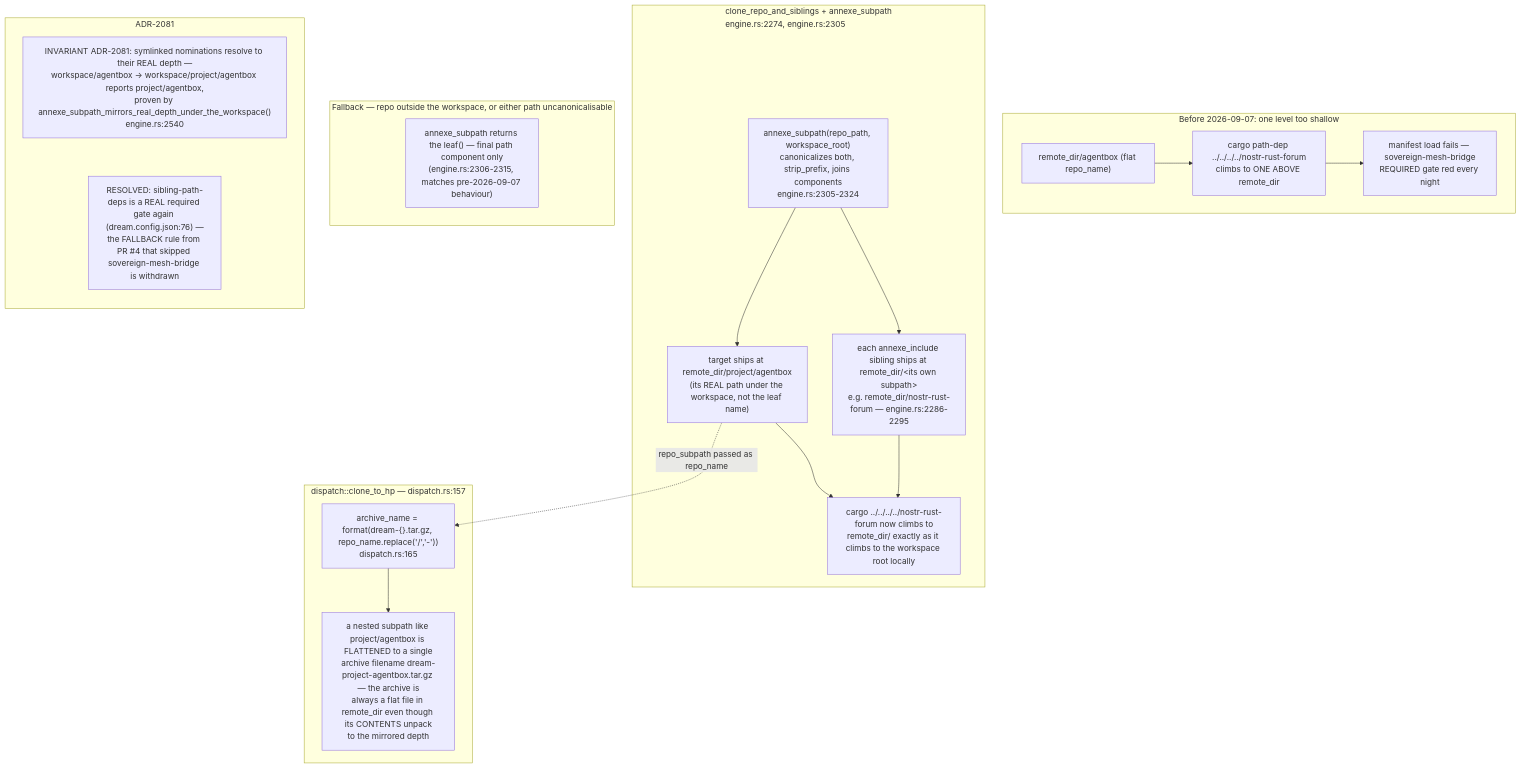
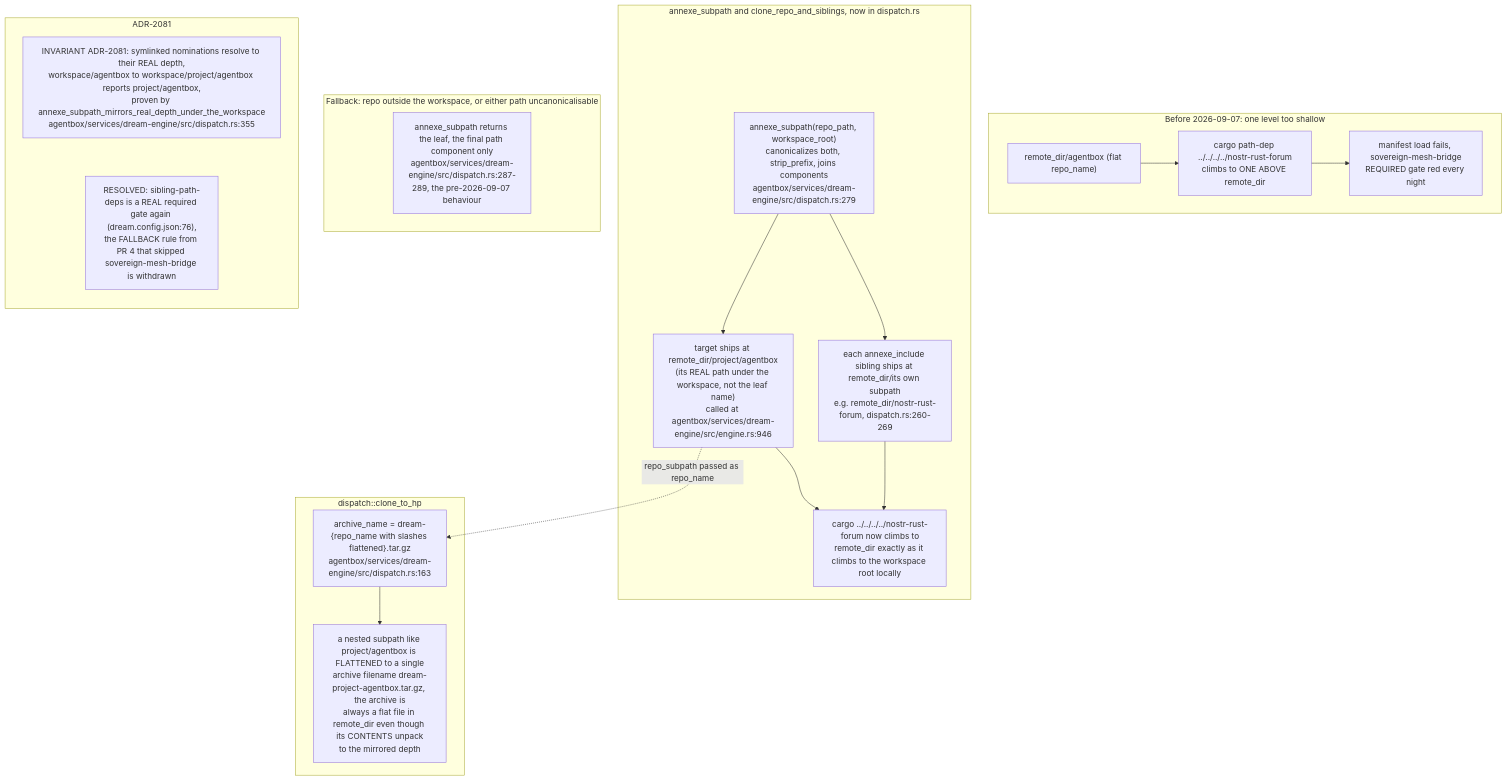
Diagram 11 of 20 in docs/diagrams/agentbox/23-dream-engine.md (DreamLab-AI/VisionFlow), drawn with Mermaid before and after one commit. The commit also changed other lines of this file and 12 other files, not shown here.

First line of the commit message:
docs(diagrams): map the dream-engine extraction (AB-23, ES-05, ES-90, new DE area)

````diff
--- a/docs/diagrams/agentbox/23-dream-engine.md
+++ b/docs/diagrams/agentbox/23-dream-engine.md
@@ -701,34 +633,34 @@
 ```mermaid
 flowchart TB
     subgraph before["Before 2026-09-07: one level too shallow"]
-        B1["remote_dir/agentbox #40;flat repo_name#41;"]
+        B1["remote_dir/agentbox (flat repo_name)"]
         B2["cargo path-dep ../../../../nostr-rust-forum<br/>climbs to ONE ABOVE remote_dir"]
-        B3["manifest load fails — sovereign-mesh-bridge<br/>REQUIRED gate red every night"]
+        B3["manifest load fails, sovereign-mesh-bridge<br/>REQUIRED gate red every night"]
         B1 --> B2 --> B3
     end
-    subgraph after["clone_repo_and_siblings + annexe_subpath<br/>engine.rs:2274, engine.rs:2305"]
-        A1["annexe_subpath#40;repo_path, workspace_root#41;<br/>canonicalizes both, strip_prefix, joins components<br/>engine.rs:2305-2324"]
-        A2["target ships at remote_dir/project/agentbox<br/>#40;its REAL path under the workspace, not the leaf name#41;"]
-        A3["each annexe_include sibling ships at remote_dir/&lt;its own subpath&gt;<br/>e.g. remote_dir/nostr-rust-forum — engine.rs:2286-2295"]
-        A4["cargo ../../../../nostr-rust-forum now climbs to<br/>remote_dir/ exactly as it climbs to the workspace root locally"]
+    subgraph after["annexe_subpath and clone_repo_and_siblings, now in dispatch.rs"]
+        A1["annexe_subpath(repo_path, workspace_root)<br/>canonicalizes both, strip_prefix, joins components<br/>agentbox/services/dream-engine/src/dispatch.rs:279"]
+        A2["target ships at remote_dir/project/agentbox<br/>(its REAL path under the workspace, not the leaf name)<br/>called at agentbox/services/dream-engine/src/engine.rs:946"]
+        A3["each annexe_include sibling ships at remote_dir/its own subpath<br/>e.g. remote_dir/nostr-rust-forum, dispatch.rs:260-269"]
+        A4["cargo ../../../../nostr-rust-forum now climbs to<br/>remote_dir exactly as it climbs to the workspace root locally"]
         A1 --> A2
         A1 --> A3
         A2 --> A4
         A3 --> A4
     end
-    subgraph dispatch["dispatch::clone_to_hp — dispatch.rs:157"]
-        D1["archive_name = format#40;dream-{}.tar.gz, repo_name.replace#40;'/','-'#41;#41;<br/>dispatch.rs:165"]
-        D2["a nested subpath like project/agentbox is FLATTENED to a single<br/>archive filename dream-project-agentbox.tar.gz — the archive is<br/>always a flat file in remote_dir even though its CONTENTS unpack<br/>to the mirrored depth"]
+    subgraph dispatch["dispatch::clone_to_hp"]
+        D1["archive_name = dream-{repo_name with slashes flattened}.tar.gz<br/>agentbox/services/dream-engine/src/dispatch.rs:163"]
+        D2["a nested subpath like project/agentbox is FLATTENED to a single<br/>archive filename dream-project-agentbox.tar.gz, the archive is<br/>always a flat file in remote_dir even though its CONTENTS unpack<br/>to the mirrored depth"]
         D1 --> D2
     end
     A2 -.->|"repo_subpath passed as repo_name"| D1
-    subgraph fallback["Fallback — repo outside the workspace, or either path uncanonicalisable"]
-        F1["annexe_subpath returns the leaf#40;#41; — final path component only<br/>#40;engine.rs:2306-2315, matches pre-2026-09-07 behaviour#41;"]
+    subgraph fallback["Fallback: repo outside the workspace, or either path uncanonicalisable"]
+        F1["annexe_subpath returns the leaf, the final path component only<br/>agentbox/services/dream-engine/src/dispatch.rs:287-289, the pre-2026-09-07 behaviour"]
     end
     subgraph notes["ADR-2081"]
         direction TB
-        N1["INVARIANT ADR-2081: symlinked nominations resolve to their REAL depth —<br/>workspace/agentbox -> workspace/project/agentbox reports project/agentbox,<br/>proven by annexe_subpath_mirrors_real_depth_under_the_workspace#40;#41;<br/>engine.rs:2540"]
-        N2["RESOLVED: sibling-path-deps is a REAL required gate again (dream.config.json:76) —<br/>the FALLBACK rule from PR #4 that skipped sovereign-mesh-bridge is withdrawn"]
+        N1["INVARIANT ADR-2081: symlinked nominations resolve to their REAL depth,<br/>workspace/agentbox to workspace/project/agentbox reports project/agentbox,<br/>proven by annexe_subpath_mirrors_real_depth_under_the_workspace<br/>agentbox/services/dream-engine/src/dispatch.rs:355"]
+        N2["RESOLVED: sibling-path-deps is a REAL required gate again (dream.config.json:76),<br/>the FALLBACK rule from PR 4 that skipped sovereign-mesh-bridge is withdrawn"]
         N1 ~~~ N2
     end
 ```
````
